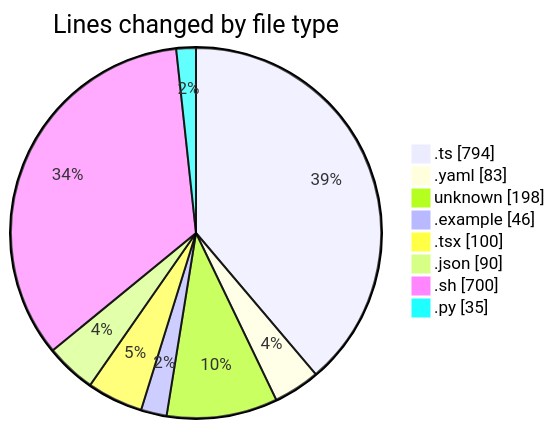
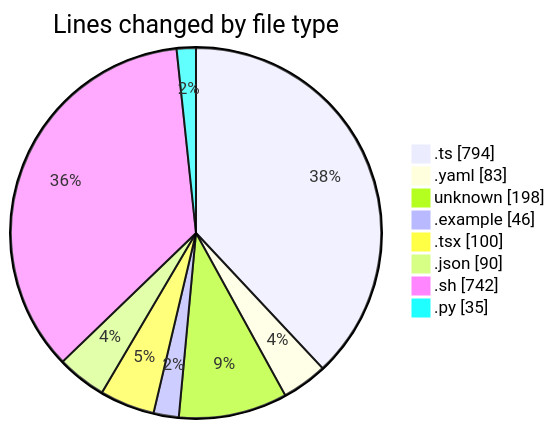
Before and after one commit to mevix1/code-tracking: the first of 2 diagrams in 2025-10-01/open-health/README.md, drawn with Mermaid. The commit also changed other lines of this file and 1 other file, not shown here.

````diff
--- a/2025-10-01/open-health/README.md
+++ b/2025-10-01/open-health/README.md
@@ -54,12 +55,12 @@
 ```mermaid
 pie showData
 title Lines changed by file type
 ".ts" : 794
 ".yaml" : 83
 "unknown" : 198
 ".example" : 46
 ".tsx" : 100
 ".json" : 90
-".sh" : 700
+".sh" : 742
 ".py" : 35
 ```
````
